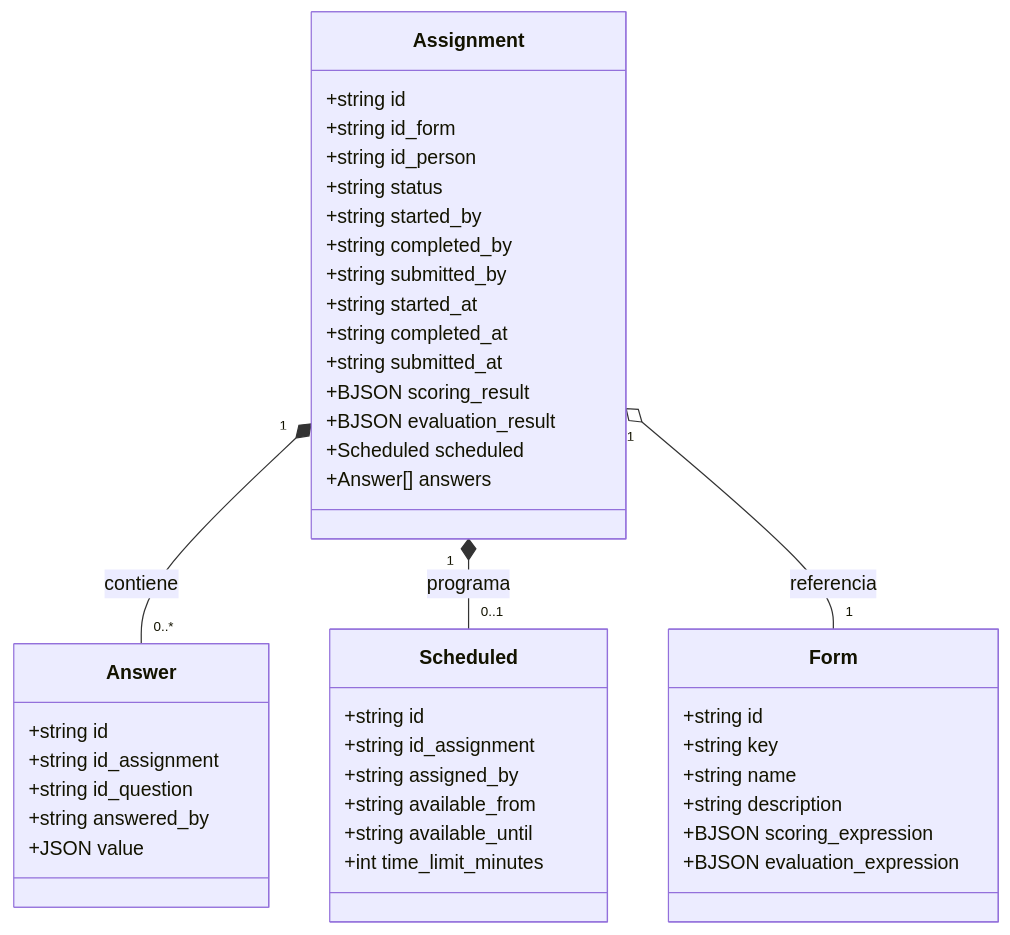
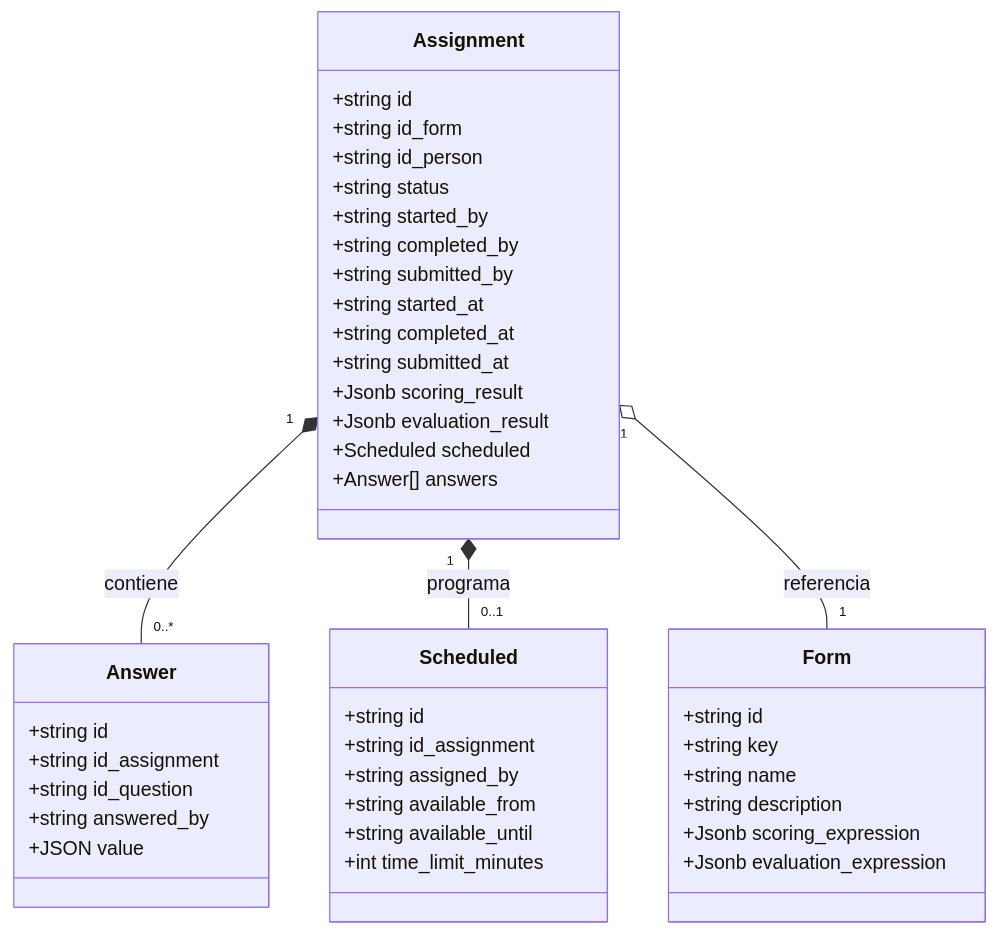
The diagram in features/questionnaires/CLASS_responses.mmd (m4ck-y/dh_docs), drawn with Mermaid before and after one commit. The commit also changed 4 other files, not shown here.

```diff
--- a/features/questionnaires/CLASS_responses.mmd
+++ b/features/questionnaires/CLASS_responses.mmd
@@ -1,56 +1,56 @@
 classDiagram
     %% ===============================================================
     %% Vista de documentos (MongoDB) del modelo de ejecución V2.
     %% Cada 'assignment' es un evento/documento raíz; sus 'answers' van
     %% embebidas. 'Form' se referencia (es compartido e inmutable).
     %% ===============================================================
 
     class Assignment {
         +string id
         +string id_form
         +string id_person
         +string status
         +string started_by
         +string completed_by
         +string submitted_by
         +string started_at
         +string completed_at
         +string submitted_at
-        +BJSON scoring_result
-        +BJSON evaluation_result
+        +Jsonb scoring_result
+        +Jsonb evaluation_result
         +Scheduled scheduled
         +Answer[] answers
     }
 
     class Scheduled {
         +string id
         +string id_assignment
         +string assigned_by
         +string available_from
         +string available_until
         +int time_limit_minutes
     }
 
     class Answer {
         +string id
         +string id_assignment
         +string id_question
         +string answered_by
         +JSON value
     }
 
     class Form {
         +string id
         +string key
         +string name
         +string description
-        +BJSON scoring_expression
-        +BJSON evaluation_expression
+        +Jsonb scoring_expression
+        +Jsonb evaluation_expression
     }
 
     %% Assignment embebe sus answers (composición)
     Assignment "1" *-- "0..*" Answer : contiene
     %% Scheduled es un subdocumento opcional embebido (solo flujo programado)
     Assignment "1" *-- "0..1" Scheduled : programa
     %% Form se referencia (agregación), no se embebe
     Assignment "1" o-- "1" Form : referencia
```
